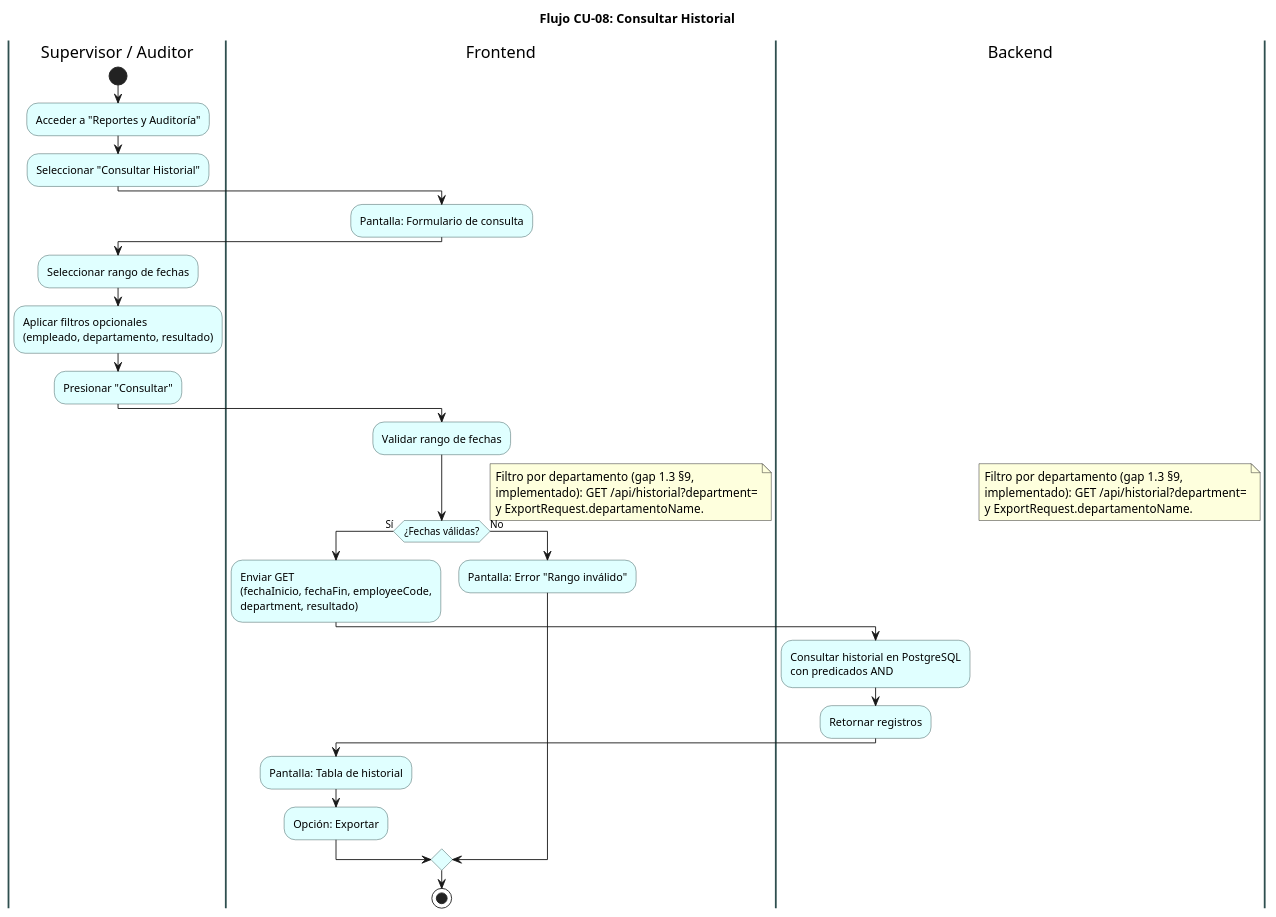
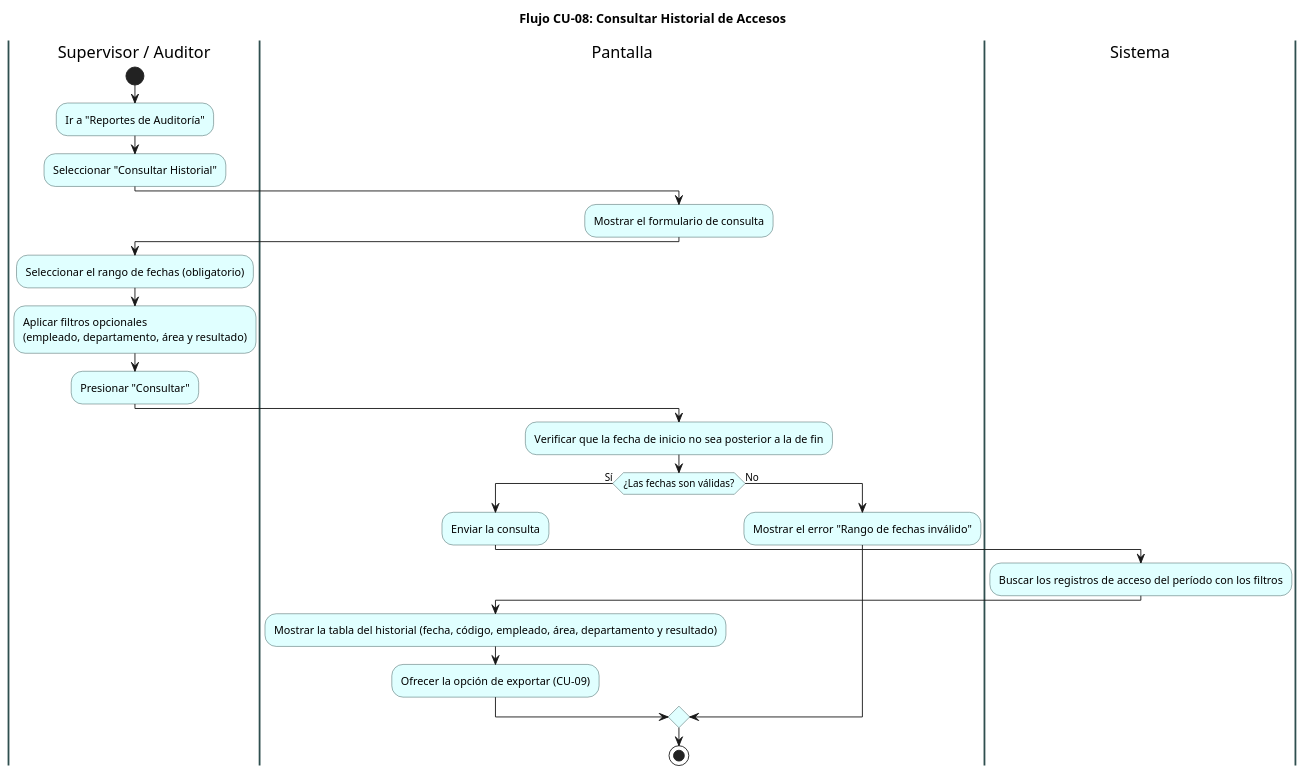
The diagram in docs/diagramas/flujo/13_flujo_historial.puml (ElianMMCode/ZoneControl-Backend), drawn with PlantUML before and after one commit. The commit also changed 21 other files, not shown here.

First line of the commit message:
docs(flujo): reescribir los 22 diagramas de flujo en lenguaje sencillo

```diff
--- a/docs/diagramas/flujo/13_flujo_historial.puml
+++ b/docs/diagramas/flujo/13_flujo_historial.puml
@@ -1,57 +1,47 @@
 @startuml
-title Flujo CU-08: Consultar Historial
+title Flujo CU-08: Consultar Historial de Accesos
 skinparam activity {
   BackgroundColor LightCyan
   BorderColor DarkSlateGray
 }
 skinparam swimlane {
   BorderColor DarkSlateGray
   BorderThickness 2
 }
 
 |Supervisor / Auditor|
 start
-:Acceder a "Reportes y Auditoría";
+:Ir a "Reportes de Auditoría";
 
 :Seleccionar "Consultar Historial";
 
-|Frontend|
-:Pantalla: Formulario de consulta;
+|Pantalla|
+:Mostrar el formulario de consulta;
 
 |Supervisor / Auditor|
-:Seleccionar rango de fechas;
+:Seleccionar el rango de fechas (obligatorio);
 
-:Aplicar filtros opcionales\n(empleado, departamento, resultado);
+:Aplicar filtros opcionales\n(empleado, departamento, área y resultado);
 
 :Presionar "Consultar";
 
-|Frontend|
-:Validar rango de fechas;
+|Pantalla|
+:Verificar que la fecha de inicio no sea posterior a la de fin;
 
-if (¿Fechas válidas?) then (Sí)
-  :Enviar GET\n(fechaInicio, fechaFin, employeeCode,\ndepartment, resultado);
+if (¿Las fechas son válidas?) then (Sí)
+  :Enviar la consulta;
 
-  |Backend|
-  :Consultar historial en PostgreSQL\ncon predicados AND;
+  |Sistema|
+  :Buscar los registros de acceso del período con los filtros;
 
-  :Retornar registros;
+  |Pantalla|
+  :Mostrar la tabla del historial (fecha, código, empleado, área, departamento y resultado);
 
-  |Frontend|
-  :Pantalla: Tabla de historial;
-
-  :Opción: Exportar;
-
+  :Ofrecer la opción de exportar (CU-09);
 else (No)
-  :Pantalla: Error "Rango inválido";
-
+  :Mostrar el error "Rango de fechas inválido";
 endif
-
-note right
-  Filtro por departamento (gap 1.3 §9,
-  implementado): GET /api/historial?department=
-  y ExportRequest.departamentoName.
-end note
 
 stop
 
 @enduml
```
